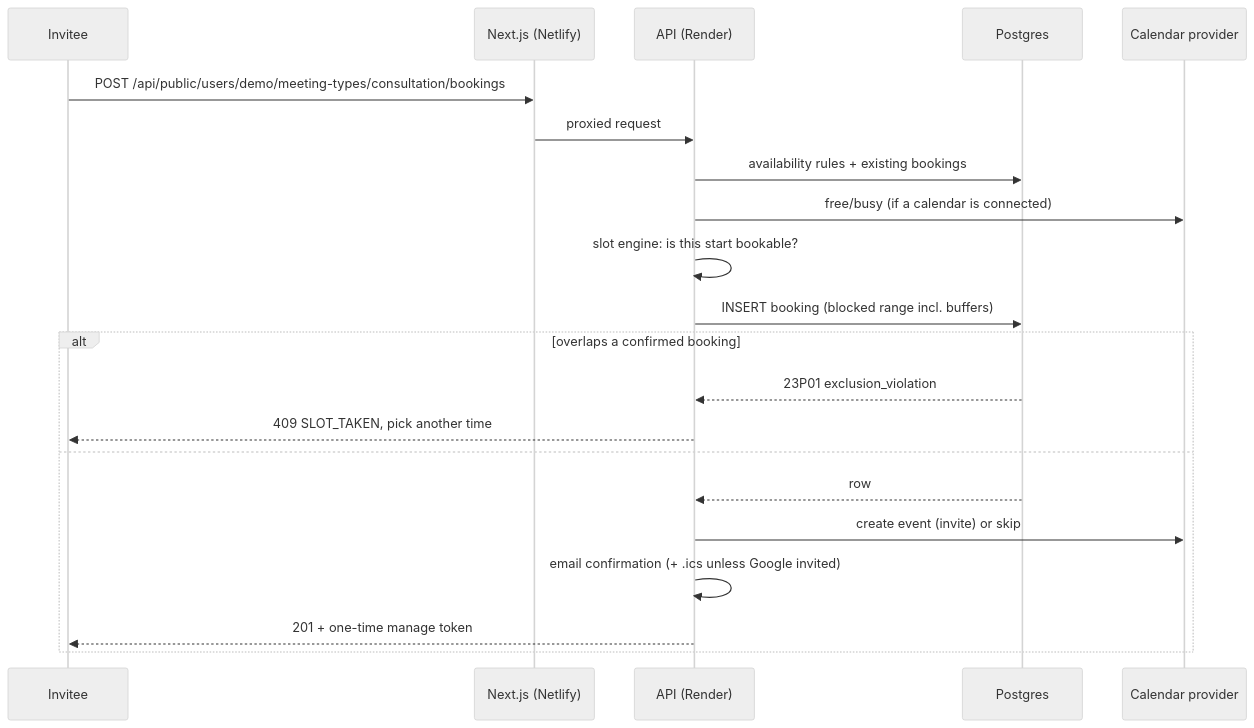
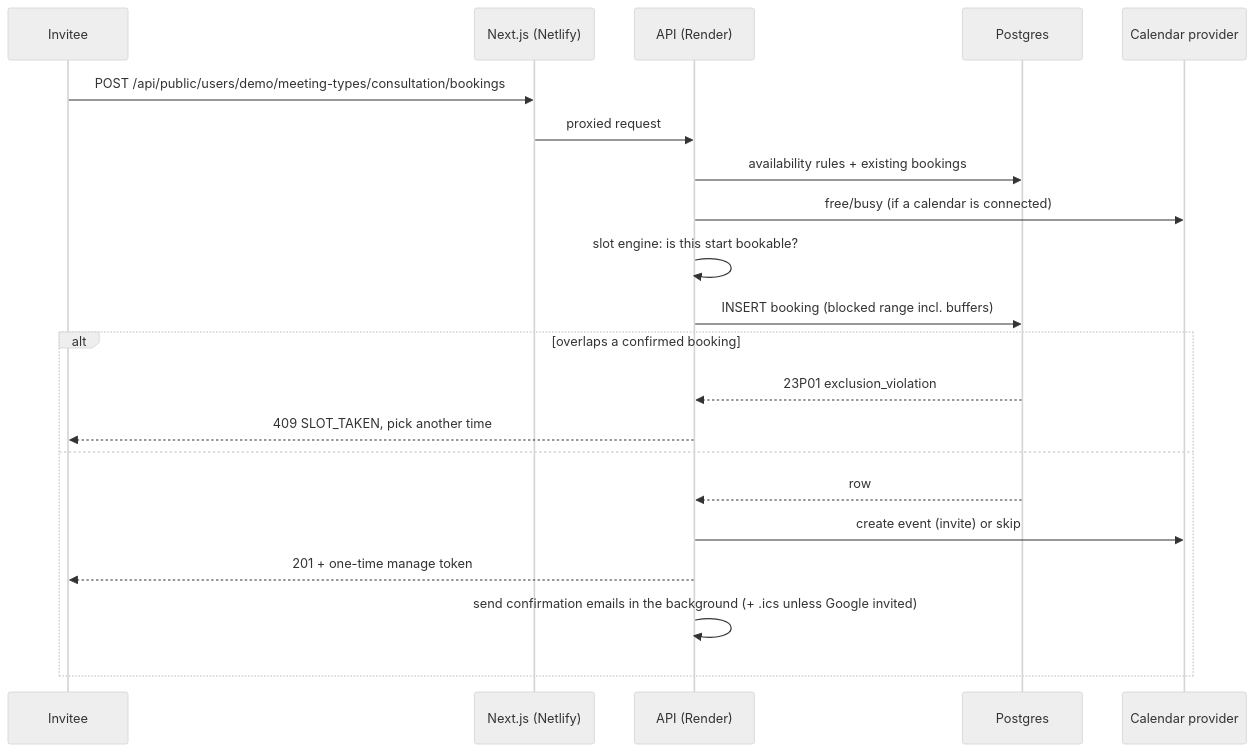
The second of 2 diagrams in README.md (temitopeagbola/MeetQueue), drawn with Mermaid (neutral theme) before and after one commit. The commit also changed other lines of this file and 1 other file, not shown here.

````diff
--- a/README.md
+++ b/README.md
@@ -68,23 +107,23 @@
 ```mermaid
 sequenceDiagram
   participant I as Invitee
   participant W as Next.js (Netlify)
   participant A as API (Render)
   participant P as Postgres
   participant G as Calendar provider
   I->>W: POST /api/public/users/demo/meeting-types/consultation/bookings
   W->>A: proxied request
   A->>P: availability rules + existing bookings
   A->>G: free/busy (if a calendar is connected)
   A->>A: slot engine: is this start bookable?
   A->>P: INSERT booking (blocked range incl. buffers)
   alt overlaps a confirmed booking
     P-->>A: 23P01 exclusion_violation
     A-->>I: 409 SLOT_TAKEN, pick another time
   else
     P-->>A: row
     A->>G: create event (invite) or skip
-    A->>A: email confirmation (+ .ics unless Google invited)
     A-->>I: 201 + one-time manage token
+    A->>A: send confirmation emails in the background (+ .ics unless Google invited)
   end
 ```
````
